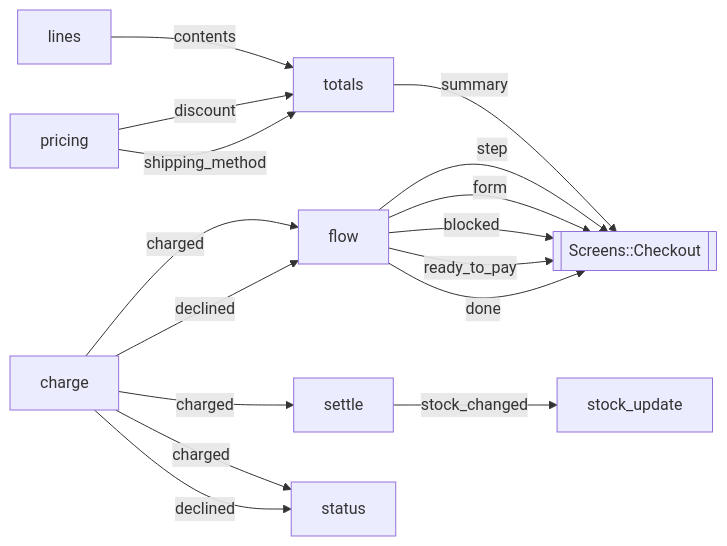
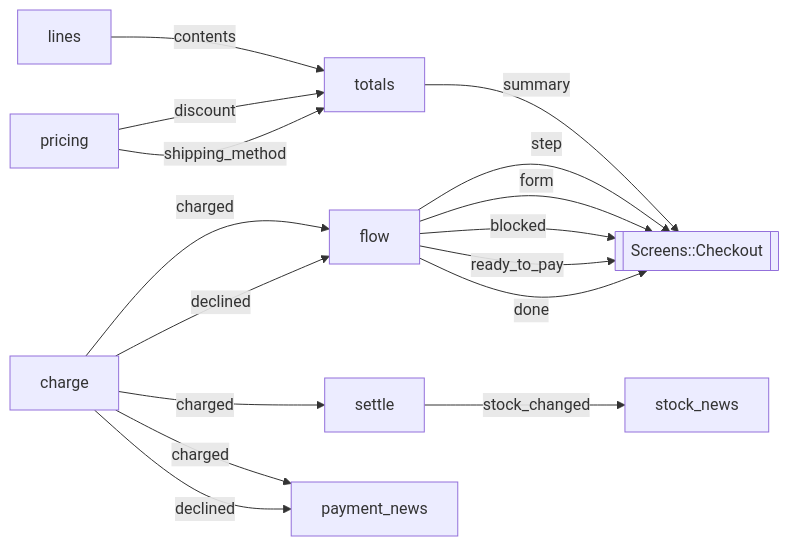
Before and after one commit to modellurgist/ala_variants_ruby: the diagram in v06-plain-rails/docs/diagrams/checkout.md, drawn with Mermaid. The commit also changed 592 other files, not shown here.

````diff
--- a/v06-plain-rails/docs/diagrams/checkout.md
+++ b/v06-plain-rails/docs/diagrams/checkout.md
@@ -3,27 +3,27 @@
 ```mermaid
 flowchart LR
   screen[[Screens::Checkout]]
   lines[lines]
   totals[totals]
   pricing[pricing]
   flow[flow]
   charge[charge]
   settle[settle]
-  status[status]
-  stock_update[stock_update]
+  payment_news[payment_news]
+  stock_news[stock_news]
   lines -- contents --> totals
   pricing -- discount --> totals
   pricing -- shipping_method --> totals
   totals -- summary --> screen
   flow -- step --> screen
   flow -- form --> screen
   flow -- blocked --> screen
   flow -- ready_to_pay --> screen
   flow -- done --> screen
   charge -- charged --> settle
   charge -- charged --> flow
-  charge -- charged --> status
+  charge -- charged --> payment_news
   charge -- declined --> flow
-  charge -- declined --> status
-  settle -- stock_changed --> stock_update
+  charge -- declined --> payment_news
+  settle -- stock_changed --> stock_news
 ```
````
